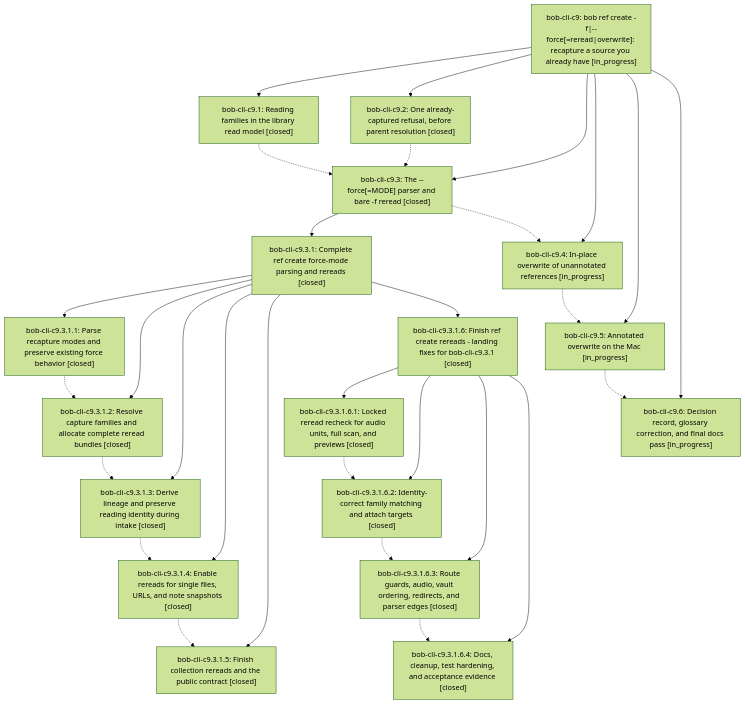
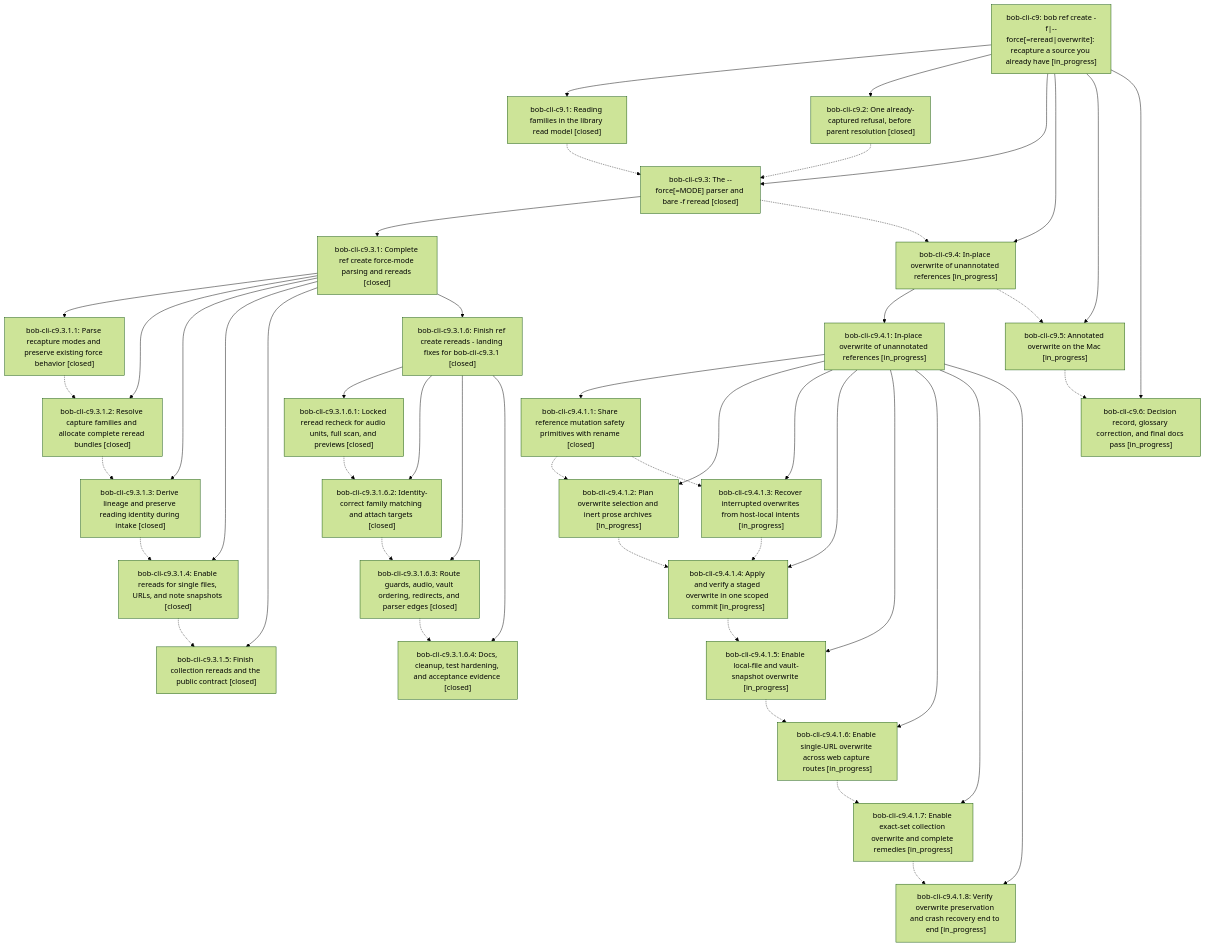
One commit to bobs-org/bob-cli--beads changed the diagram in pages/bob-cli-c9/README.md. Above: the diagram before and after it, drawn with Mermaid (forest theme). The commit also changed other lines of this file and 22 other files, not shown here.

First line of the commit message:
chore(beads): sync bead state and pages for bob-cli-c9

````diff
--- a/pages/bob-cli-c9/README.md
+++ b/pages/bob-cli-c9/README.md
@@ -41,50 +41,76 @@
 ```mermaid
 flowchart TD
     n0["bob-cli-c9: bob ref create -f|--force[=reread|overwrite]: recapture a source you already have [in_progress]"]
     n1["bob-cli-c9.1: Reading families in the library read model [closed]"]
     n2["bob-cli-c9.2: One already-captured refusal, before parent resolution [closed]"]
     n3["bob-cli-c9.3: The --force[=MODE] parser and bare -f reread [closed]"]
     n4["bob-cli-c9.3.1: Complete ref create force-mode parsing and rereads [closed]"]
     n5["bob-cli-c9.3.1.1: Parse recapture modes and preserve existing force behavior [closed]"]
     n6["bob-cli-c9.3.1.2: Resolve capture families and allocate complete reread bundles [closed]"]
     n7["bob-cli-c9.3.1.3: Derive lineage and preserve reading identity during intake [closed]"]
     n8["bob-cli-c9.3.1.4: Enable rereads for single files, URLs, and note snapshots [closed]"]
     n9["bob-cli-c9.3.1.5: Finish collection rereads and the public contract [closed]"]
     n10["bob-cli-c9.3.1.6: Finish ref create rereads - landing fixes for bob-cli-c9.3.1 [closed]"]
     n11["bob-cli-c9.3.1.6.1: Locked reread recheck for audio units, full scan, and previews [closed]"]
     n12["bob-cli-c9.3.1.6.2: Identity-correct family matching and attach targets [closed]"]
     n13["bob-cli-c9.3.1.6.3: Route guards, audio, vault ordering, redirects, and parser edges [closed]"]
     n14["bob-cli-c9.3.1.6.4: Docs, cleanup, test hardening, and acceptance evidence [closed]"]
     n15["bob-cli-c9.4: In-place overwrite of unannotated references [in_progress]"]
-    n16["bob-cli-c9.5: Annotated overwrite on the Mac [in_progress]"]
-    n17["bob-cli-c9.6: Decision record, glossary correction, and final docs pass [in_progress]"]
+    n16["bob-cli-c9.4.1: In-place overwrite of unannotated references [in_progress]"]
+    n17["bob-cli-c9.4.1.1: Share reference mutation safety primitives with rename [closed]"]
+    n18["bob-cli-c9.4.1.2: Plan overwrite selection and inert prose archives [in_progress]"]
+    n19["bob-cli-c9.4.1.3: Recover interrupted overwrites from host-local intents [in_progress]"]
+    n20["bob-cli-c9.4.1.4: Apply and verify a staged overwrite in one scoped commit [in_progress]"]
+    n21["bob-cli-c9.4.1.5: Enable local-file and vault-snapshot overwrite [in_progress]"]
+    n22["bob-cli-c9.4.1.6: Enable single-URL overwrite across web capture routes [in_progress]"]
+    n23["bob-cli-c9.4.1.7: Enable exact-set collection overwrite and complete remedies [in_progress]"]
+    n24["bob-cli-c9.4.1.8: Verify overwrite preservation and crash recovery end to end [in_progress]"]
+    n25["bob-cli-c9.5: Annotated overwrite on the Mac [in_progress]"]
+    n26["bob-cli-c9.6: Decision record, glossary correction, and final docs pass [in_progress]"]
     n0 --> n1
     n0 --> n2
     n0 --> n3
     n3 --> n4
     n4 --> n5
     n4 --> n6
     n4 --> n7
     n4 --> n8
     n4 --> n9
     n4 --> n10
     n10 --> n11
     n10 --> n12
     n10 --> n13
     n10 --> n14
     n0 --> n15
-    n0 --> n16
-    n0 --> n17
+    n15 --> n16
+    n16 --> n17
+    n16 --> n18
+    n16 --> n19
+    n16 --> n20
+    n16 --> n21
+    n16 --> n22
+    n16 --> n23
+    n16 --> n24
+    n0 --> n25
+    n0 --> n26
     n1 -.-> n3
     n2 -.-> n3
     n3 -.-> n15
     n5 -.-> n6
     n6 -.-> n7
     n7 -.-> n8
     n8 -.-> n9
     n11 -.-> n12
     n12 -.-> n13
     n13 -.-> n14
-    n15 -.-> n16
-    n16 -.-> n17
+    n15 -.-> n25
+    n17 -.-> n18
+    n17 -.-> n19
+    n18 -.-> n20
+    n19 -.-> n20
+    n20 -.-> n21
+    n21 -.-> n22
+    n22 -.-> n23
+    n23 -.-> n24
+    n25 -.-> n26
 ```
````
